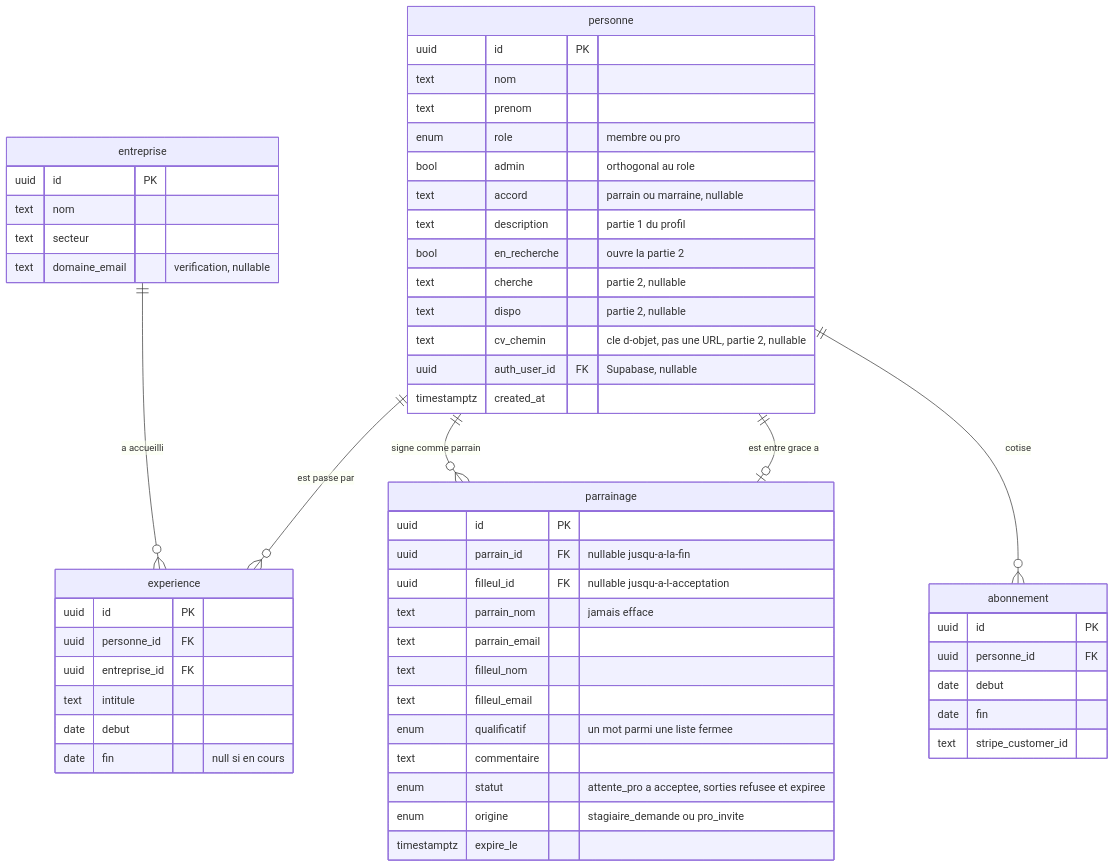
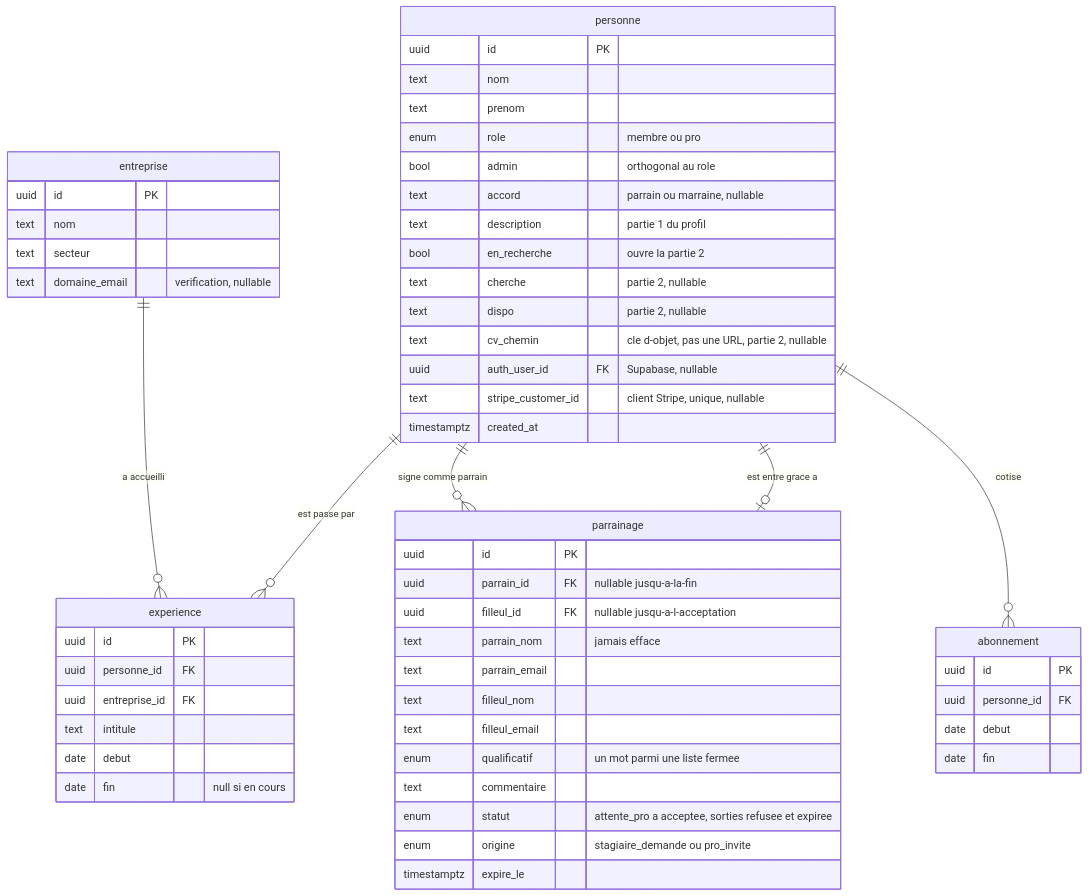
One commit to Romain-Perche/Stips changed the first of 5 diagrams in backend/SCHEMA.md. Above: the diagram before and after it, drawn with Mermaid. The commit also changed other lines of this file and 12 other files, not shown here.

````diff
--- a/backend/SCHEMA.md
+++ b/backend/SCHEMA.md
@@ -18,59 +19,59 @@
 ```mermaid
 erDiagram
     personne {
         uuid id PK
         text nom
         text prenom
         enum role "membre ou pro"
         bool admin "orthogonal au role"
         text accord "parrain ou marraine, nullable"
         text description "partie 1 du profil"
         bool en_recherche "ouvre la partie 2"
         text cherche "partie 2, nullable"
         text dispo "partie 2, nullable"
         text cv_chemin "cle d-objet, pas une URL, partie 2, nullable"
         uuid auth_user_id FK "Supabase, nullable"
+        text stripe_customer_id "client Stripe, unique, nullable"
         timestamptz created_at
     }
     entreprise {
         uuid id PK
         text nom
         text secteur
         text domaine_email "verification, nullable"
     }
     experience {
         uuid id PK
         uuid personne_id FK
         uuid entreprise_id FK
         text intitule
         date debut
         date fin "null si en cours"
     }
     parrainage {
         uuid id PK
         uuid parrain_id FK "nullable jusqu-a-la-fin"
         uuid filleul_id FK "nullable jusqu-a-l-acceptation"
         text parrain_nom "jamais efface"
         text parrain_email
         text filleul_nom
         text filleul_email
         enum qualificatif "un mot parmi une liste fermee"
         text commentaire
         enum statut "attente_pro a acceptee, sorties refusee et expiree"
         enum origine "stagiaire_demande ou pro_invite"
         timestamptz expire_le
     }
     abonnement {
         uuid id PK
         uuid personne_id FK
         date debut
         date fin
-        text stripe_customer_id
     }
 
     personne   ||--o{ experience  : "est passe par"
     entreprise ||--o{ experience  : "a accueilli"
     personne   ||--o{ parrainage  : "signe comme parrain"
     personne   ||--o| parrainage  : "est entre grace a"
     personne   ||--o{ abonnement  : "cotise"
 ```
````
